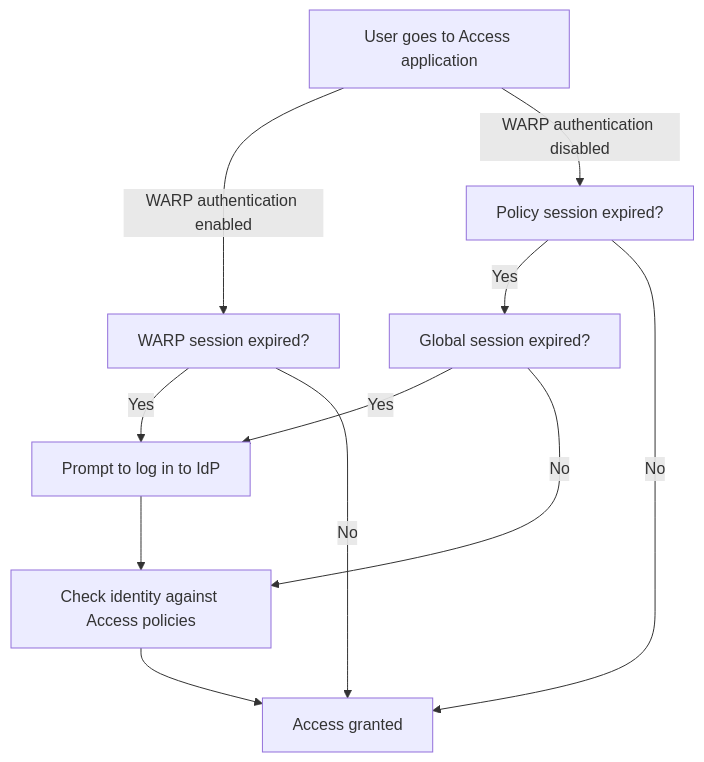
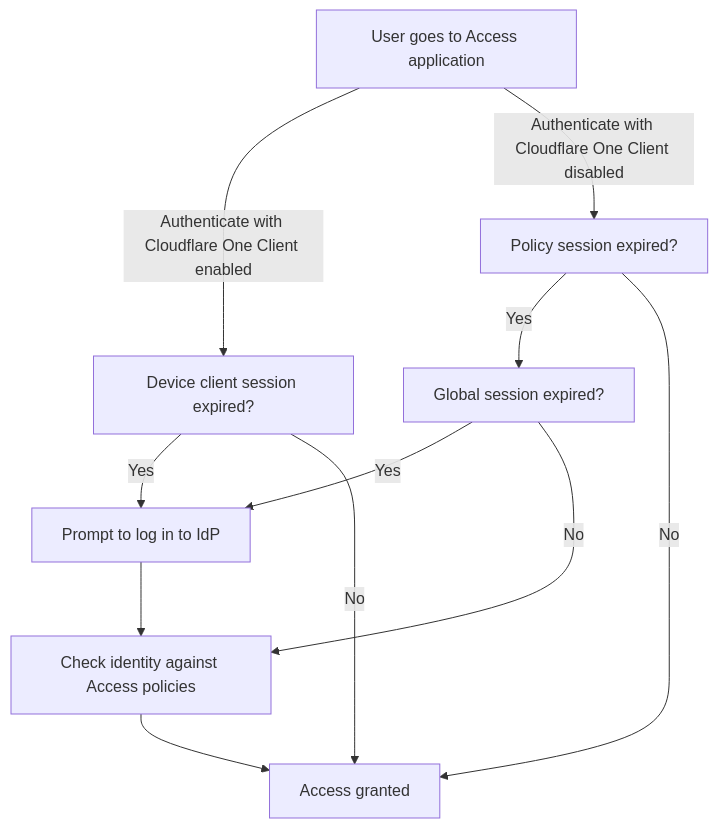
The diagram in vault/packages/cloudflare/latest/contents/cloudflare-one/access-controls/access-settings/session-management.mdx (olorehq/olore), drawn with Mermaid before and after one commit. The commit also changed other lines of this file and 6631 other files, not shown here.

````diff
--- a/vault/packages/cloudflare/latest/contents/cloudflare-one/access-controls/access-settings/session-management.mdx
+++ b/vault/packages/cloudflare/latest/contents/cloudflare-one/access-controls/access-settings/session-management.mdx
@@ -93,24 +109,24 @@
 ```mermaid
 flowchart TB
     %% Accessibility
     accTitle: Access session durations
     accDescr: Flowchart describing the order of enforcement for Access sessions
 
     %% In with user traffic
     start["User goes to Access application"]
-    start--"WARP authentication enabled" -->warpsession[WARP session expired?]
-    start-- "WARP authentication disabled" --> policysession[Policy session expired?]
+    start--"Authenticate with Cloudflare One Client enabled" -->warpsession[Device client session expired?]
+    start-- "Authenticate with Cloudflare One Client disabled" --> policysession[Policy session expired?]
 
 		warpsession--"Yes"-->idp[Prompt to log in to IdP]
 		warpsession--"No"-->accessgranted[Access granted]
 
 		policysession--"Yes"-->globalsession[Global session expired?]
 		policysession--"No"-->accessgranted
 
 		globalsession--"Yes"-->idp
 		globalsession--"No"-->refreshtoken[Check identity against Access policies]
 		refreshtoken-->accessgranted
 		idp-->refreshtoken
 
 
 ```
````
